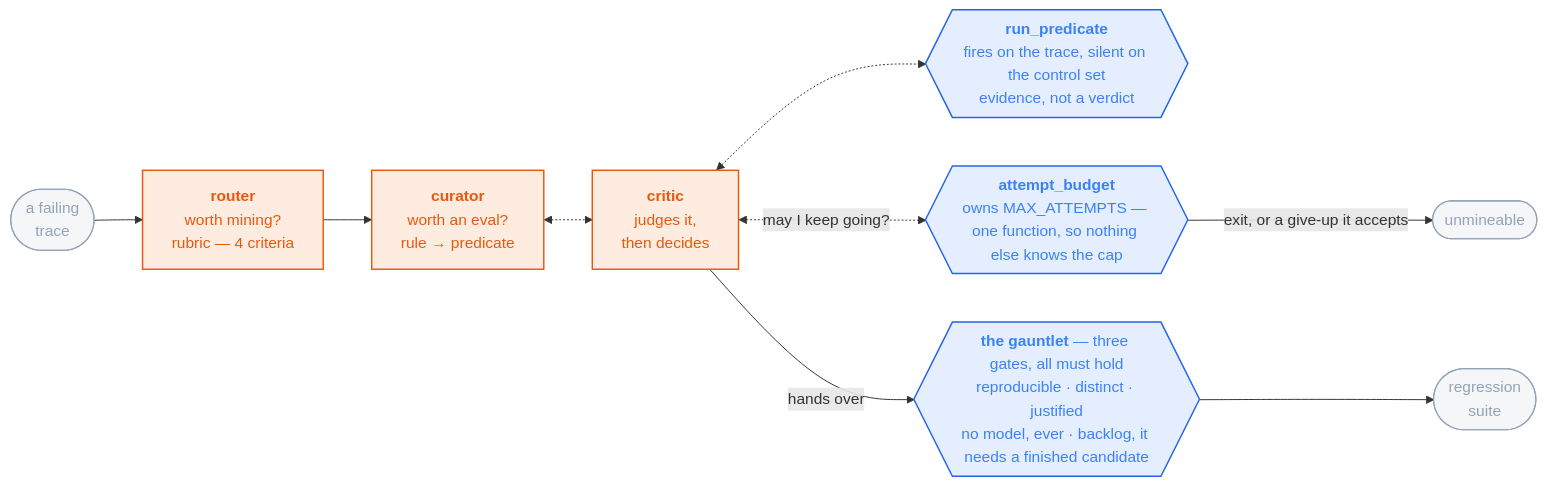
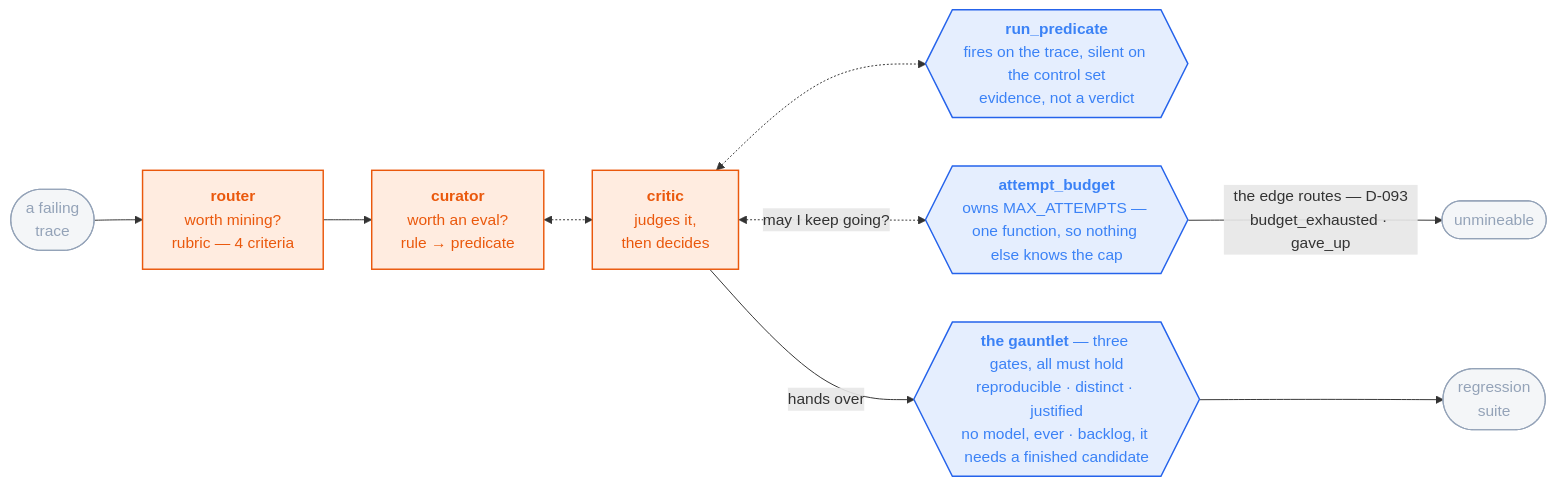
The diagram in README.md (sandeepyadav1478/touchstone), drawn with Mermaid before and after one commit. The commit also changed 4 other files, not shown here.

First line of the commit message:
Quote MAX_ATTEMPTS in the diagrams, and stop the README arrow claiming the tool exits

````diff
--- a/README.md
+++ b/README.md
@@ -80,18 +80,18 @@
 ```mermaid
 flowchart LR
   T(["a failing<br/>trace"]) --> R["<b>router</b><br/>worth mining?<br/>rubric — 4 criteria"]
   R --> CU["<b>curator</b><br/>worth an eval?<br/>rule → predicate"]
   CU <-.-> CR["<b>critic</b><br/>judges it,<br/>then decides"]
   CR <-.-> RP{{"<b>run_predicate</b><br/>fires on the trace, silent on the control set<br/>evidence, not a verdict"}}
   CR <-.->|"may I keep going?"| BUDGET{{"<b>attempt_budget</b><br/>owns MAX_ATTEMPTS — one function, so nothing else knows the cap"}}
-  BUDGET -->|"exit, or a give-up it accepts"| U(["unmineable"])
+  BUDGET -->|"the edge routes — D-093<br/>budget_exhausted · gave_up"| U(["unmineable"])
   CR -->|"hands over"| AD{{"<b>the gauntlet</b> — three gates, all must hold<br/>reproducible · distinct · justified<br/>no model, ever · backlog, it needs a finished candidate"}}
   AD --> S(["regression<br/>suite"])
 
   classDef m fill:#f9731622,stroke:#ea580c,stroke-width:1.5px,color:#ea580c
   classDef d fill:#3b82f622,stroke:#2563eb,stroke-width:1.5px,color:#3b82f6
   classDef io fill:#94a3b81a,stroke:#94a3b8,stroke-width:1.2px,color:#94a3b8
   class R,CU,CR m
   class RP,BUDGET,AD d
   class T,S,U io
 ```
````
